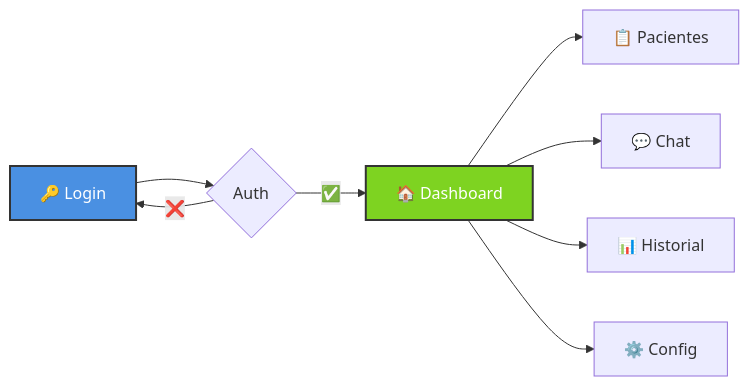
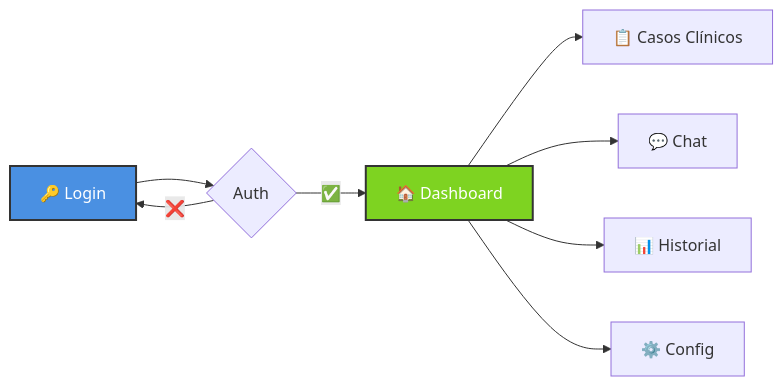
The second of 5 diagrams in README.md (dIAgnoseTeam/dIAgnose), drawn with Mermaid before and after one commit. The commit also changed other lines of this file, not shown here.

````diff
--- a/README.md
+++ b/README.md
@@ -80,13 +79,13 @@
 ```mermaid
 graph LR
     A[🔑 Login] --> B{Auth}
     B -->|✅| C[🏠 Dashboard]
     B -->|❌| A
-    C --> D[📋 Pacientes]
+    C --> D[📋 Casos Clínicos]
     C --> E[💬 Chat]
     C --> F[📊 Historial]
     C --> G[⚙️ Config]
     
     style A fill:#4A90E2,stroke:#333,stroke-width:2px,color:#fff
     style C fill:#7ED321,stroke:#333,stroke-width:2px,color:#fff
 ```
````
